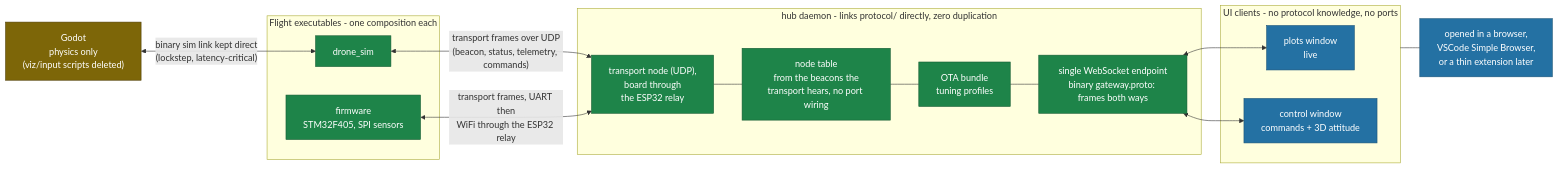
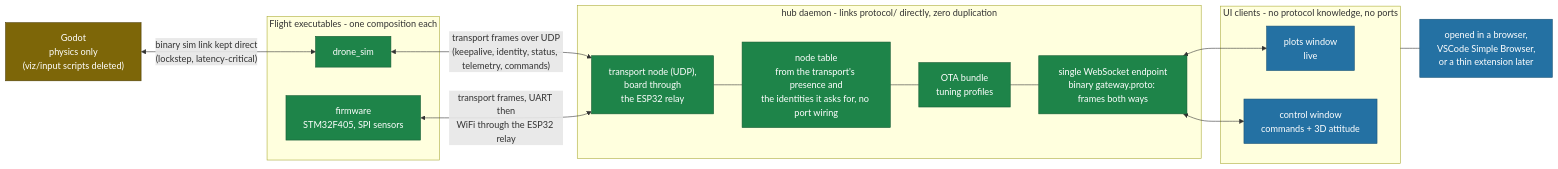
Before and after one commit to Keyrim/drone-mark4: the diagram in docs/tooling-architecture.md, drawn with Mermaid. The commit also changed other lines of this file and 6 other files, not shown here.

First line of the commit message:
docs: presence is the keepalive, identity is asked for, commands go through the messenger

````diff
--- a/docs/tooling-architecture.md
+++ b/docs/tooling-architecture.md
@@ -28,38 +28,38 @@
 ```mermaid
 flowchart LR
     subgraph flight["Flight executables - one composition each"]
         FW["firmware<br/>STM32F405, SPI sensors"]
         DS["drone_sim"]
     end
 
     GODOT["Godot<br/>physics only<br/>(viz/input scripts deleted)"]
 
     subgraph hub["hub daemon - links protocol/ directly, zero duplication"]
         TR["transport node (UDP),<br/>board through<br/>the ESP32 relay"]
-        DISC["node table<br/>from the beacons the<br/>transport hears, no port wiring"]
+        DISC["node table<br/>from the transport's presence and<br/>the identities it asks for, no port wiring"]
         SVC["OTA bundle<br/>tuning profiles"]
         WS["single WebSocket endpoint<br/>binary gateway.proto: frames both ways"]
         TR --- DISC --- SVC --- WS
     end
 
     subgraph ui["UI clients - no protocol knowledge, no ports"]
         P1["plots window<br/>live"]
         P2["control window<br/>commands + 3D attitude"]
     end
 
     BROWSER["opened in a browser,<br/>VSCode Simple Browser,<br/>or a thin extension later"]
 
     GODOT <-->|"binary sim link kept direct<br/>(lockstep, latency-critical)"| DS
-    DS <-->|"transport frames over UDP<br/>(beacon, status, telemetry, commands)"| TR
+    DS <-->|"transport frames over UDP<br/>(keepalive, identity, status, telemetry, commands)"| TR
     FW <-->|"transport frames, UART then<br/>WiFi through the ESP32 relay"| TR
     WS <--> P1
     WS <--> P2
     ui --- BROWSER
 
     classDef checked fill:#1e8449,color:#fff,stroke:#145a32
     classDef thin fill:#2471a3,color:#fff,stroke:#1a5276
     classDef neutral fill:#7d6608,color:#fff,stroke:#4d3c04
     class FW,DS,TR,DISC,SVC,WS checked
     class P1,P2,BROWSER thin
     class GODOT neutral
 ```
````
